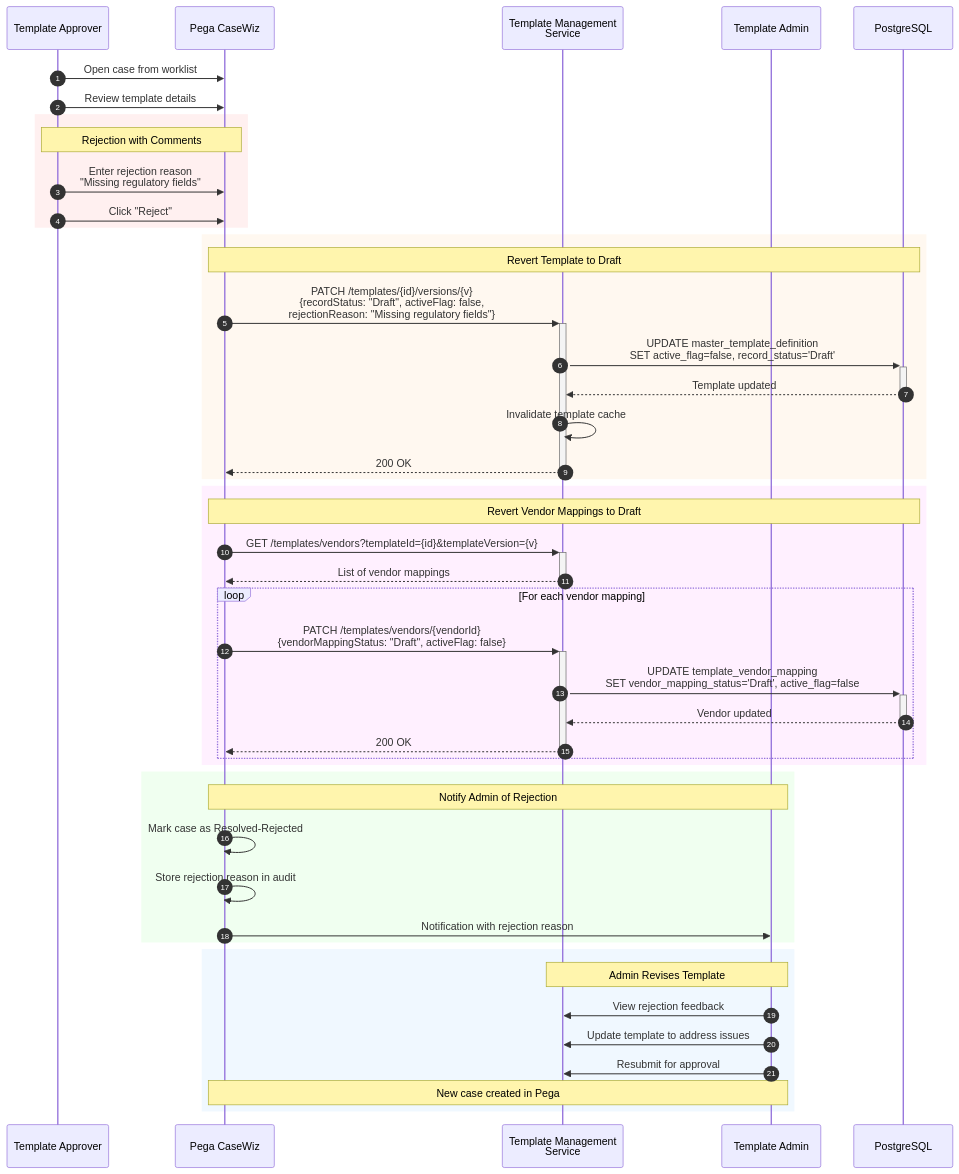
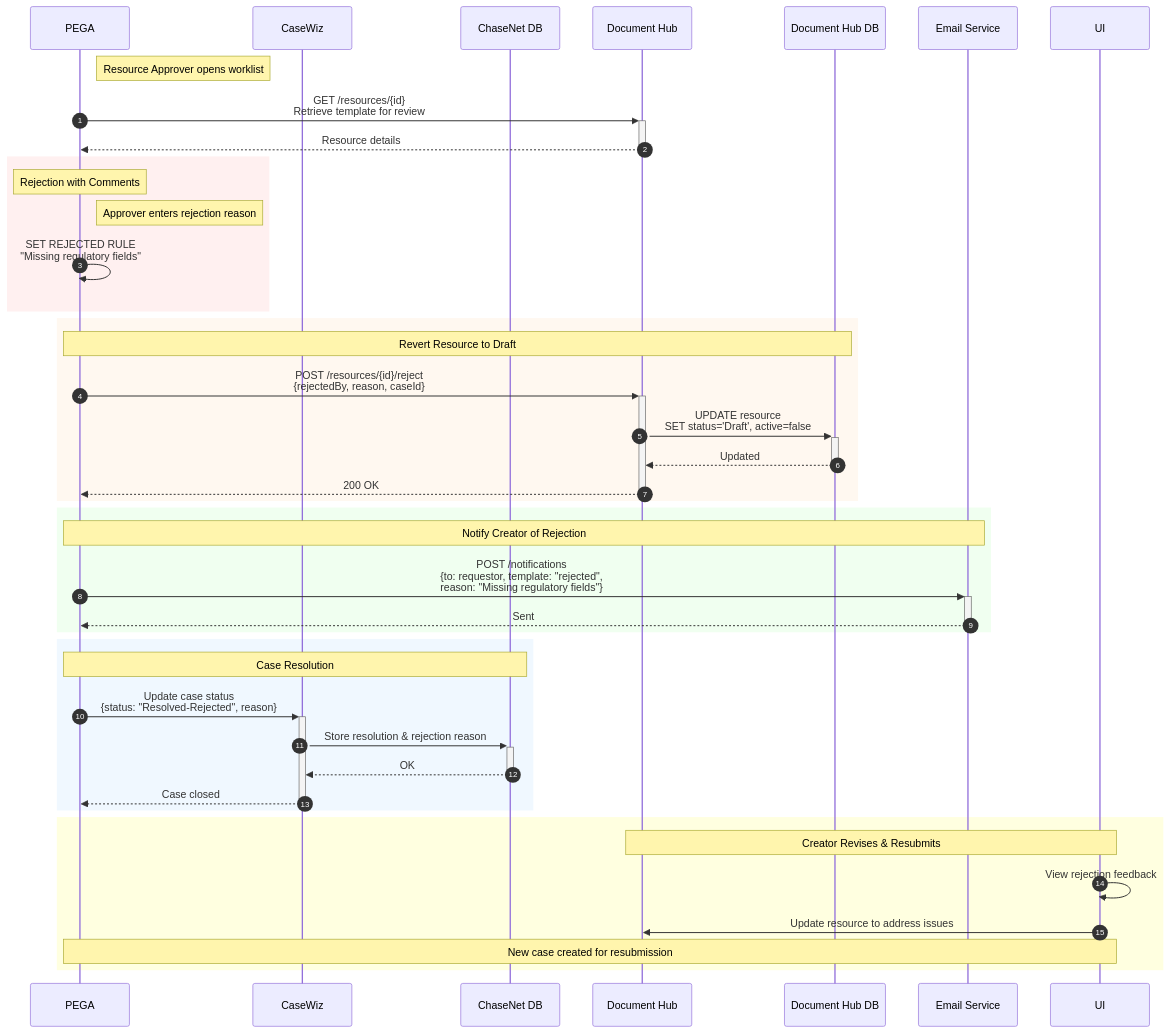
One commit to ghmd86/template-management-service changed diagram 11 of 12 in docs/architecture/admin-portal-integration.md. Above: the diagram before and after it, drawn with Mermaid. The commit also changed other lines of this file, not shown here.

First line of the commit message:
Align architecture with Resource Approval diagram

````diff
--- a/docs/architecture/admin-portal-integration.md
+++ b/docs/architecture/admin-portal-integration.md
@@ -489,55 +553,50 @@
 ```mermaid
 sequenceDiagram
     autonumber
-    participant Approver as Template Approver
-    participant Pega as Pega CaseWiz
-    participant TMS as Template Management<br/>Service
-    participant Admin as Template Admin
-    participant DB as PostgreSQL
+    participant PEGA as PEGA
+    participant CaseWiz as CaseWiz
+    participant ChaseNetDB as ChaseNet DB
+    participant DocHub as Document Hub
+    participant DocHubDB as Document Hub DB
+    participant EmailSvc as Email Service
+    participant UI as UI
 
-    Approver->>Pega: Open case from worklist
-    Approver->>Pega: Review template details
+    Note right of PEGA: Resource Approver opens worklist
+    PEGA->>+DocHub: GET /resources/{id}<br/>Retrieve template for review
+    DocHub-->>-PEGA: Resource details
 
     rect rgb(255, 240, 240)
-        Note over Approver,Pega: Rejection with Comments
-        Approver->>Pega: Enter rejection reason<br/>"Missing regulatory fields"
-        Approver->>Pega: Click "Reject"
+        Note over PEGA,PEGA: Rejection with Comments
+        Note right of PEGA: Approver enters rejection reason
+        PEGA->>PEGA: SET REJECTED RULE<br/>"Missing regulatory fields"
     end
 
     rect rgb(255, 248, 240)
-        Note over Pega,DB: Revert Template to Draft
-        Pega->>+TMS: PATCH /templates/{id}/versions/{v}<br/>{recordStatus: "Draft", activeFlag: false,<br/>rejectionReason: "Missing regulatory fields"}
-        TMS->>+DB: UPDATE master_template_definition<br/>SET active_flag=false, record_status='Draft'
-        DB-->>-TMS: Template updated
-        TMS->>TMS: Invalidate template cache
-        TMS-->>-Pega: 200 OK
-    end
-
-    rect rgb(255, 240, 255)
-        Note over Pega,DB: Revert Vendor Mappings to Draft
-        Pega->>+TMS: GET /templates/vendors?templateId={id}&templateVersion={v}
-        TMS-->>-Pega: List of vendor mappings
-
-        loop For each vendor mapping
-            Pega->>+TMS: PATCH /templates/vendors/{vendorId}<br/>{vendorMappingStatus: "Draft", activeFlag: false}
-            TMS->>+DB: UPDATE template_vendor_mapping<br/>SET vendor_mapping_status='Draft', active_flag=false
-            DB-->>-TMS: Vendor updated
-            TMS-->>-Pega: 200 OK
-        end
+        Note over PEGA,DocHubDB: Revert Resource to Draft
+        PEGA->>+DocHub: POST /resources/{id}/reject<br/>{rejectedBy, reason, caseId}
+        DocHub->>+DocHubDB: UPDATE resource<br/>SET status='Draft', active=false
+        DocHubDB-->>-DocHub: Updated
+        DocHub-->>-PEGA: 200 OK
     end
 
     rect rgb(240, 255, 240)
-        Note over Pega,Admin: Notify Admin of Rejection
-        Pega->>Pega: Mark case as Resolved-Rejected
-        Pega->>Pega: Store rejection reason in audit
-        Pega->>Admin: Notification with rejection reason
+        Note over PEGA,EmailSvc: Notify Creator of Rejection
+        PEGA->>+EmailSvc: POST /notifications<br/>{to: requestor, template: "rejected",<br/>reason: "Missing regulatory fields"}
+        EmailSvc-->>-PEGA: Sent
     end
 
     rect rgb(240, 248, 255)
-        Note over Admin,TMS: Admin Revises Template
-        Admin->>TMS: View rejection feedback
-        Admin->>TMS: Update template to address issues
-        Admin->>TMS: Resubmit for approval
-        Note over Admin,Pega: New case created in Pega
+        Note over PEGA,ChaseNetDB: Case Resolution
+        PEGA->>+CaseWiz: Update case status<br/>{status: "Resolved-Rejected", reason}
+        CaseWiz->>+ChaseNetDB: Store resolution & rejection reason
+        ChaseNetDB-->>-CaseWiz: OK
+        CaseWiz-->>-PEGA: Case closed
+    end
+
+    rect rgb(255, 255, 224)
+        Note over UI,DocHub: Creator Revises & Resubmits
+        UI->>UI: View rejection feedback
+        UI->>DocHub: Update resource to address issues
+        Note over UI,PEGA: New case created for resubmission
     end
 ```
````
